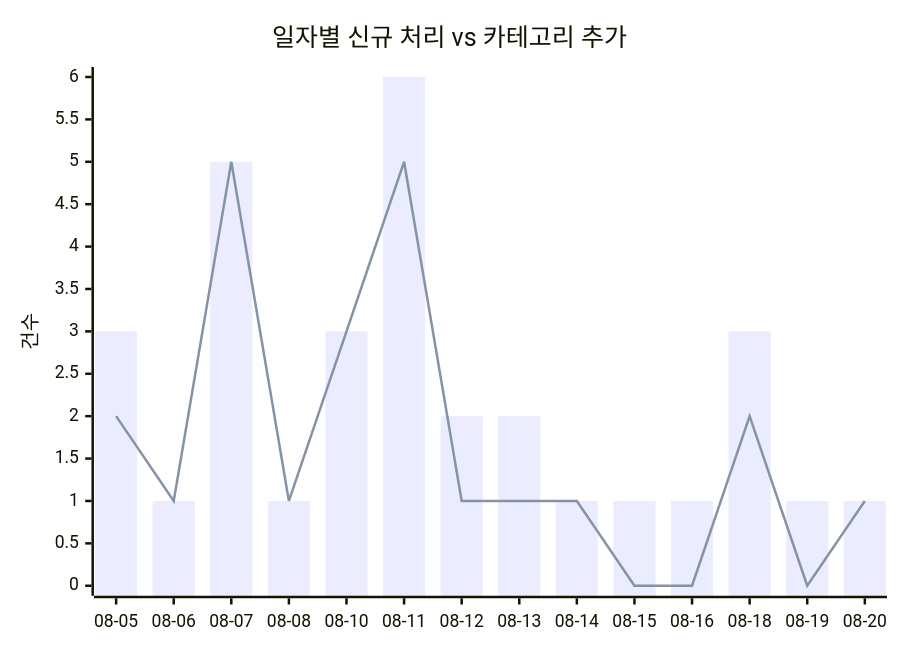
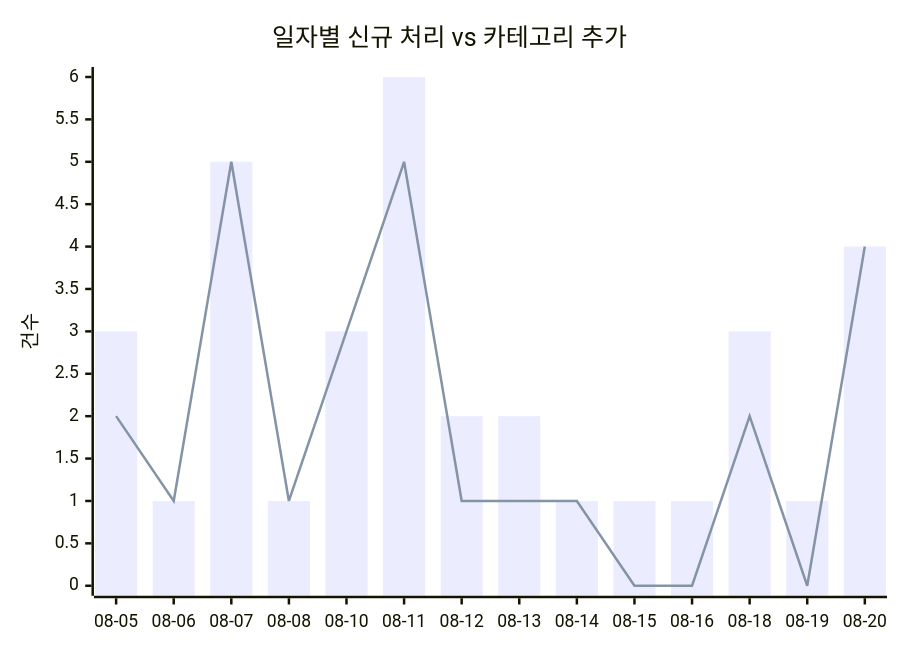
Before and after one commit to J-nowcow/awesome-korean-agent-skills: the first of 2 diagrams in docs/trends.md, drawn with Mermaid. The commit also changed other lines of this file and 5 other files, not shown here.

````diff
--- a/docs/trends.md
+++ b/docs/trends.md
@@ -32,8 +32,8 @@
 ```mermaid
 xychart-beta
     title "일자별 신규 처리 vs 카테고리 추가"
     x-axis ["08-05","08-06","08-07","08-08","08-10","08-11","08-12","08-13","08-14","08-15","08-16","08-18","08-19","08-20"]
     y-axis "건수"
-    bar [3,1,5,1,3,6,2,2,1,1,1,3,1,1]
-    line [2,1,5,1,3,5,1,1,1,0,0,2,0,1]
+    bar [3,1,5,1,3,6,2,2,1,1,1,3,1,4]
+    line [2,1,5,1,3,5,1,1,1,0,0,2,0,4]
 ```
````
